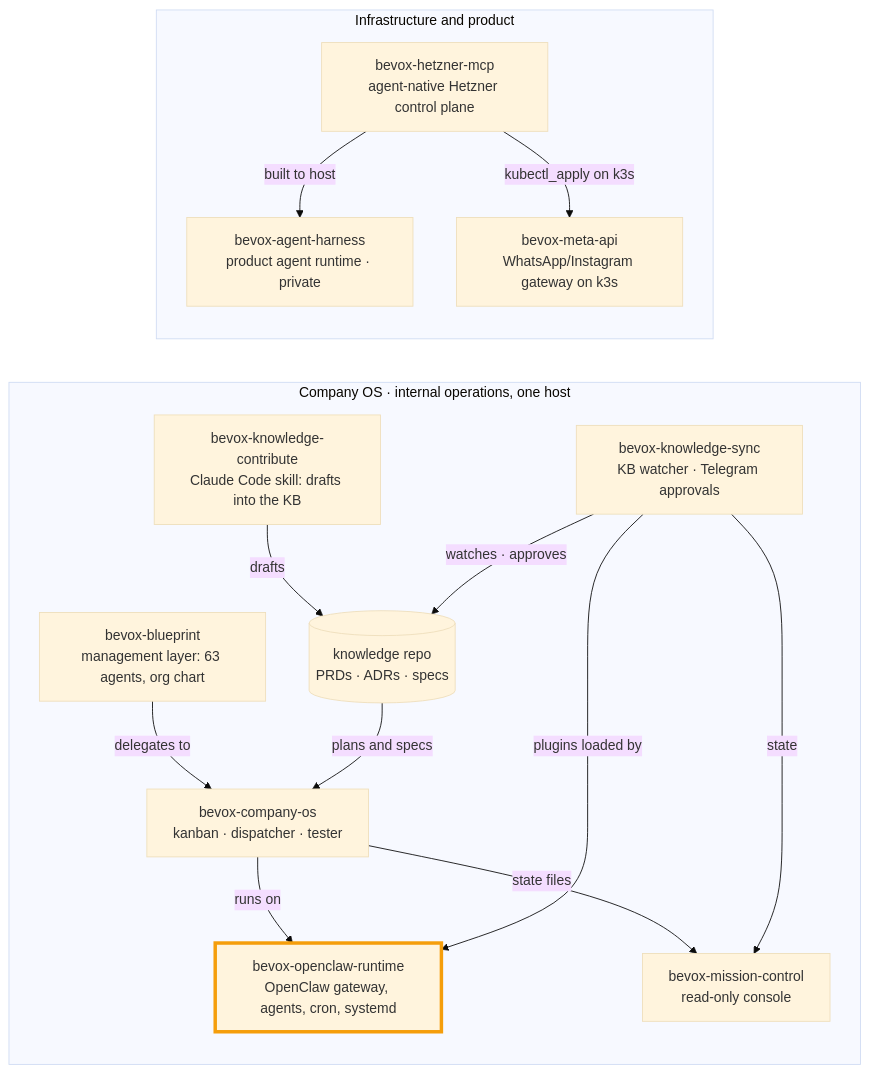
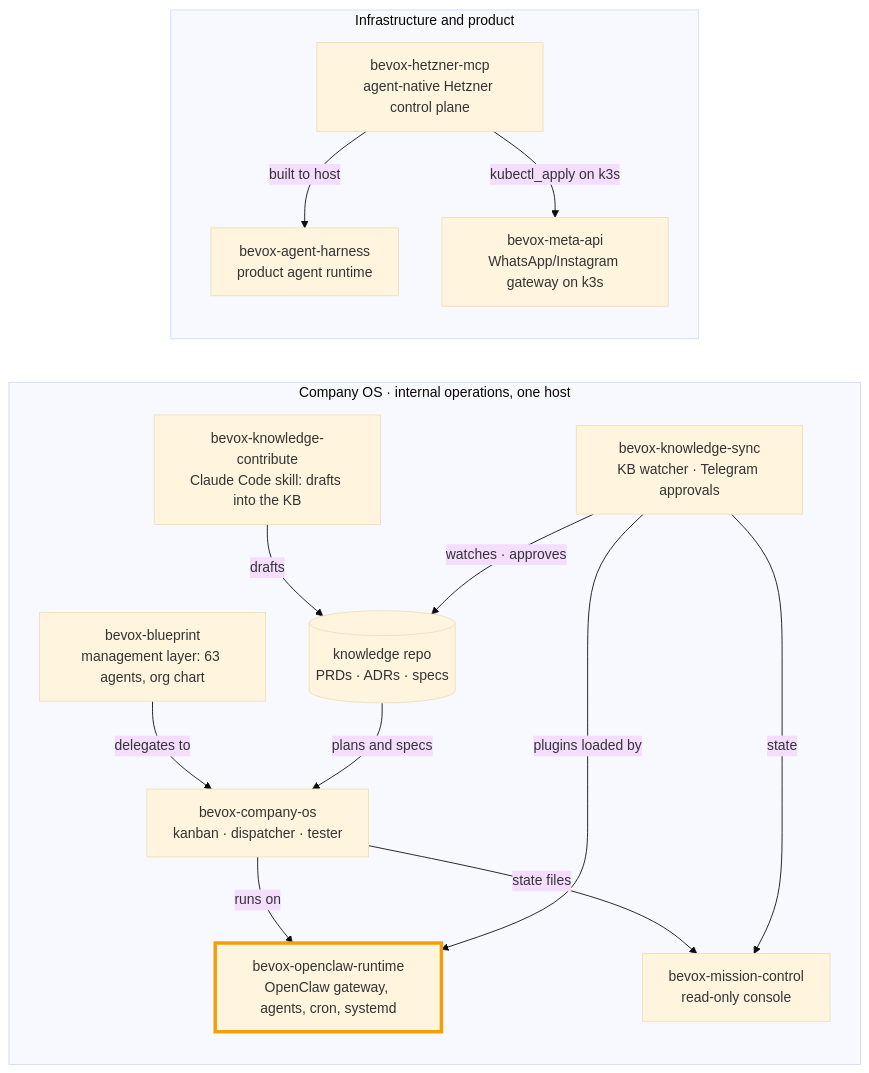
One commit to bernardTavares/bevox-openclaw-runtime changed the diagram in README.md. Above: the diagram before and after it, drawn with Mermaid (base theme). The commit also changed other lines of this file, not shown here.

Commit message:
docs: link bevox-agent-harness (now public) in the repo map
Claude-Session: https://claude.ai/code/session_01Qj817cr8c8u4ecWaCmkuX1

````diff
--- a/README.md
+++ b/README.md
@@ -119,31 +119,31 @@
 ```mermaid
 flowchart LR
   subgraph OPS["Company OS · internal operations, one host"]
     direction TB
     BP["bevox-blueprint<br/>management layer: 63 agents, org chart"]
     RT["bevox-openclaw-runtime<br/>OpenClaw gateway, agents, cron, systemd"]
     COS["bevox-company-os<br/>kanban · dispatcher · tester"]
     MC["bevox-mission-control<br/>read-only console"]
     KS["bevox-knowledge-sync<br/>KB watcher · Telegram approvals"]
     KC["bevox-knowledge-contribute<br/>Claude Code skill: drafts into the KB"]
     KB[("knowledge repo<br/>PRDs · ADRs · specs")]
   end
   subgraph INFRA["Infrastructure and product"]
     direction TB
     HZ["bevox-hetzner-mcp<br/>agent-native Hetzner control plane"]
-    H["bevox-agent-harness<br/>product agent runtime · private"]
+    H["bevox-agent-harness<br/>product agent runtime"]
     MA["bevox-meta-api<br/>WhatsApp/Instagram gateway on k3s"]
   end
   BP -->|delegates to| COS
   COS -->|runs on| RT
   KS -->|plugins loaded by| RT
   KC -->|drafts| KB
   KS -->|watches · approves| KB
   KB -->|plans and specs| COS
   COS -->|state files| MC
   KS -->|state| MC
   HZ -->|built to host| H
   HZ -->|kubectl_apply on k3s| MA
   classDef here stroke:#f59e0b,stroke-width:4px
   class RT here
 ```
````
